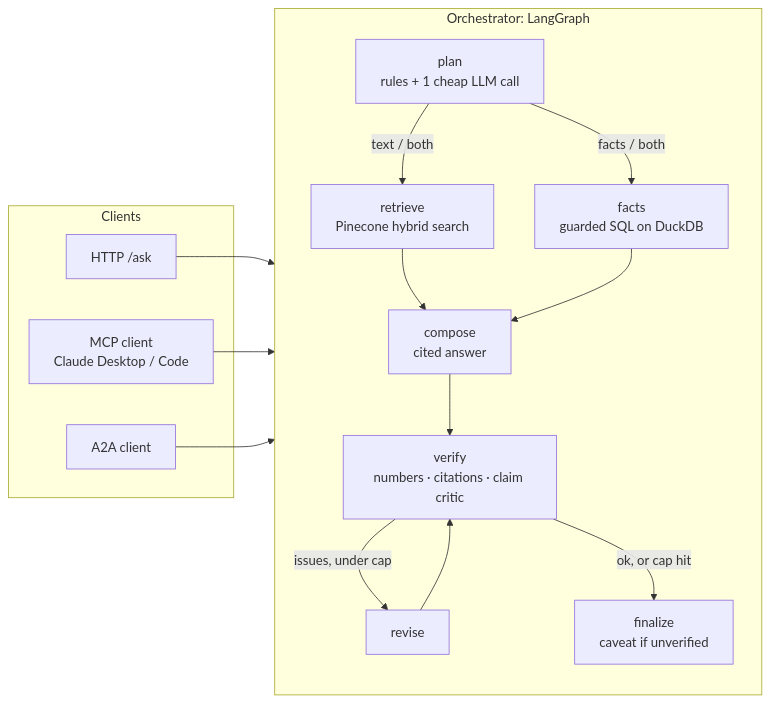
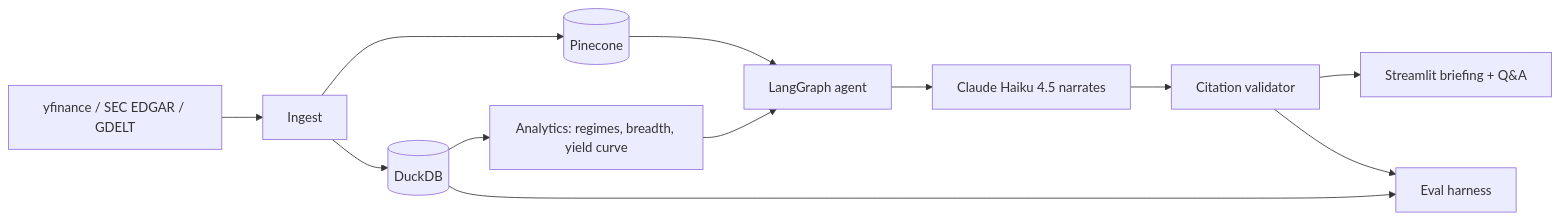
The diagram in README.md (AtharvaMusale/finsight), drawn with Mermaid before and after one commit. The commit also changed other lines of this file, not shown here.

````diff
--- a/README.md
+++ b/README.md
@@ -16,20 +18,14 @@
 ```mermaid
 flowchart LR
-    subgraph Clients
-        H[HTTP /ask]
-        M[MCP client<br/>Claude Desktop / Code]
-        A[A2A client]
-    end
-    H & M & A --> G
-
-    subgraph G[Orchestrator: LangGraph]
-        P[plan<br/>rules + 1 cheap LLM call] -->|text / both| R[retrieve<br/>Pinecone hybrid search]
-        P -->|facts / both| F[facts<br/>guarded SQL on DuckDB]
-        R --> C[compose<br/>cited answer]
-        F --> C
-        C --> V[verify<br/>numbers · citations · claim critic]
-        V -->|issues, under cap| RV[revise]
-        RV --> V
-        V -->|ok, or cap hit| FN[finalize<br/>caveat if unverified]
-    end
+    S[yfinance / SEC EDGAR / GDELT] --> I[Ingest]
+    I --> D[(DuckDB)]
+    I --> PC[(Pinecone)]
+    D --> A[Analytics: regimes, breadth, yield curve]
+    A --> G[LangGraph agent]
+    PC --> G
+    G --> L[Claude Haiku 4.5 narrates]
+    L --> V[Citation validator]
+    V --> UI[Streamlit briefing + Q&A]
+    D --> E[Eval harness]
+    V --> E
 ```
````
